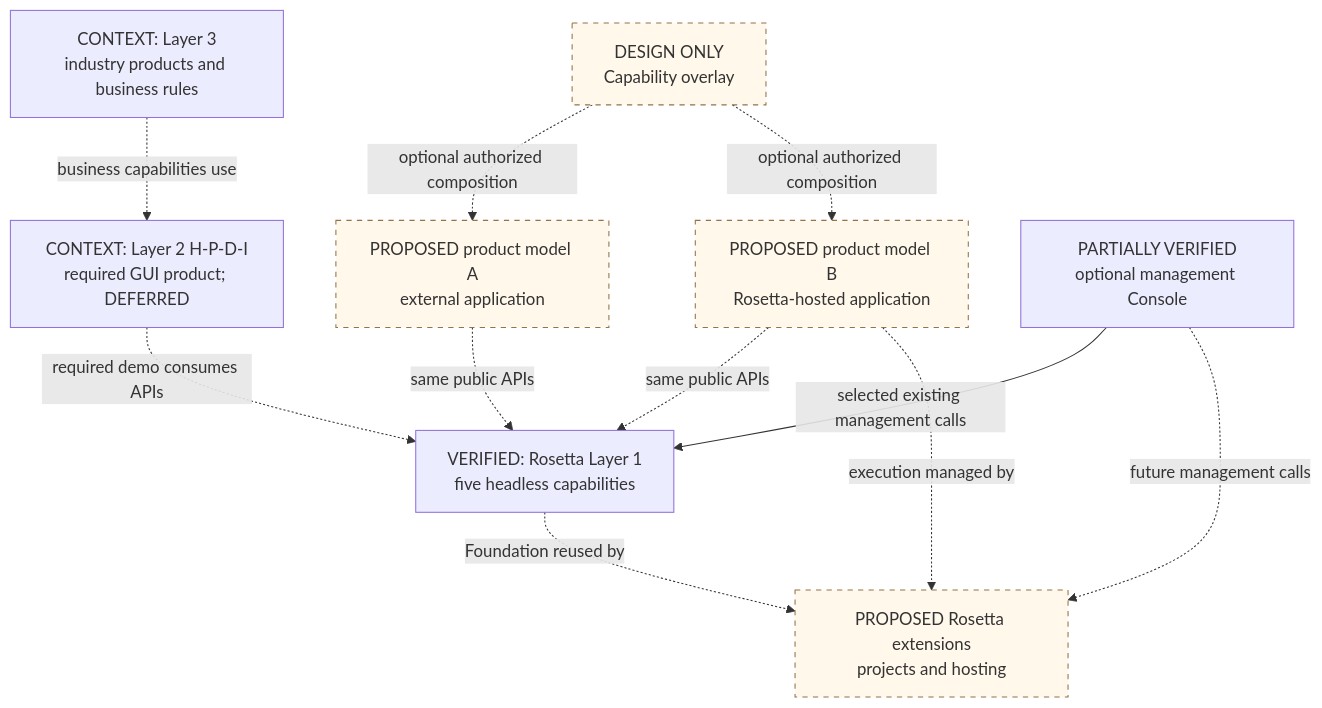
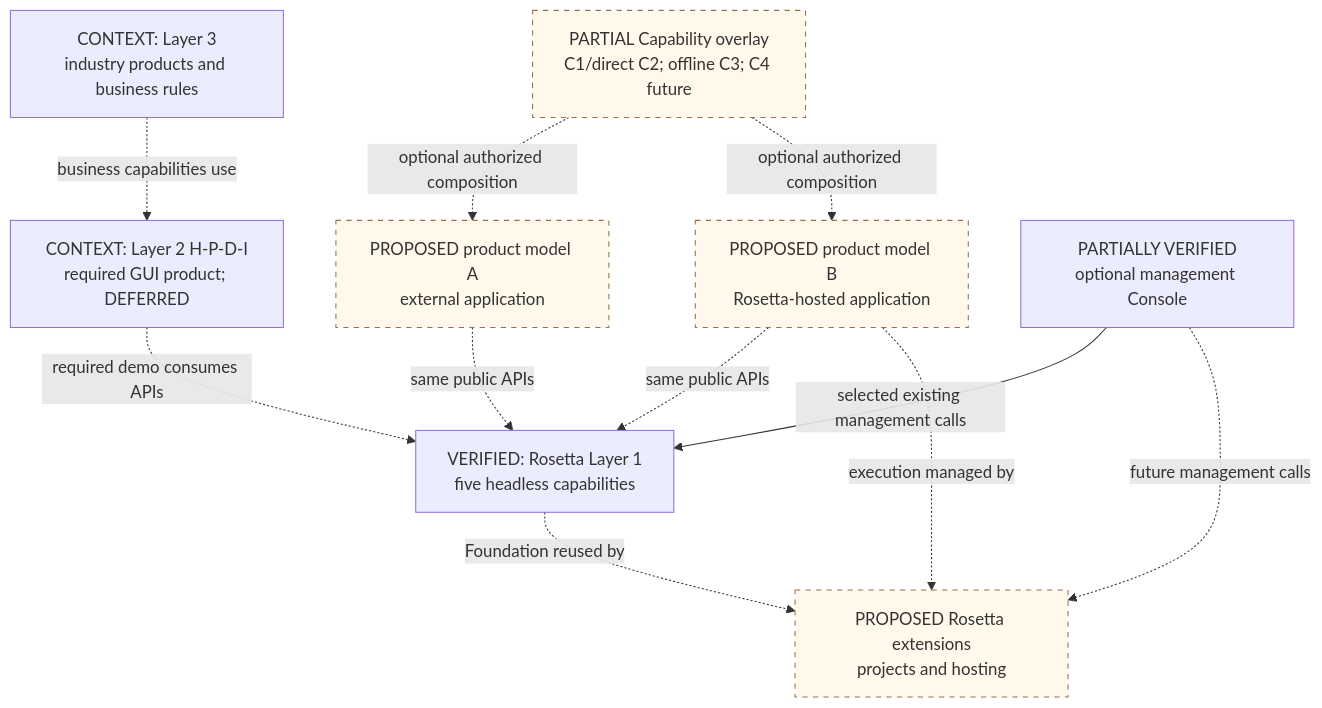
Before and after one commit to NHMNDaizoken/Rosetta: the first of 8 diagrams in docs/architecture/ARCHITECTURE_MAPS.md, drawn with Mermaid. The commit also changed other lines of this file and 25 other files, not shown here.

````diff
--- a/docs/architecture/ARCHITECTURE_MAPS.md
+++ b/docs/architecture/ARCHITECTURE_MAPS.md
@@ -15,23 +19,23 @@
 ```mermaid
 flowchart TB
   L3["CONTEXT: Layer 3<br/>industry products and business rules"]
   L2["CONTEXT: Layer 2 H-P-D-I<br/>required GUI product; DEFERRED"]
   L1["VERIFIED: Rosetta Layer 1<br/>five headless capabilities"]
   EX["PROPOSED product model A<br/>external application"]
   HO["PROPOSED product model B<br/>Rosetta-hosted application"]
   UI["PARTIALLY VERIFIED<br/>optional management Console"]
-  CAP["DESIGN ONLY<br/>Capability overlay"]
+  CAP["PARTIAL Capability overlay<br/>C1/direct C2; offline C3; C4 future"]
   EXT["PROPOSED Rosetta extensions<br/>projects and hosting"]
   L3 -.->|business capabilities use| L2
   L2 -.->|required demo consumes APIs| L1
   EX -.->|same public APIs| L1
   HO -.->|same public APIs| L1
   HO -.->|execution managed by| EXT
   UI -->|selected existing management calls| L1
   UI -.->|future management calls| EXT
   CAP -.->|optional authorized composition| EX
   CAP -.->|optional authorized composition| HO
   L1 -.->|Foundation reused by| EXT
   classDef future fill:#fff8eb,stroke:#92734b,stroke-dasharray:5 5
   class EX,HO,CAP,EXT future
 ```
````
